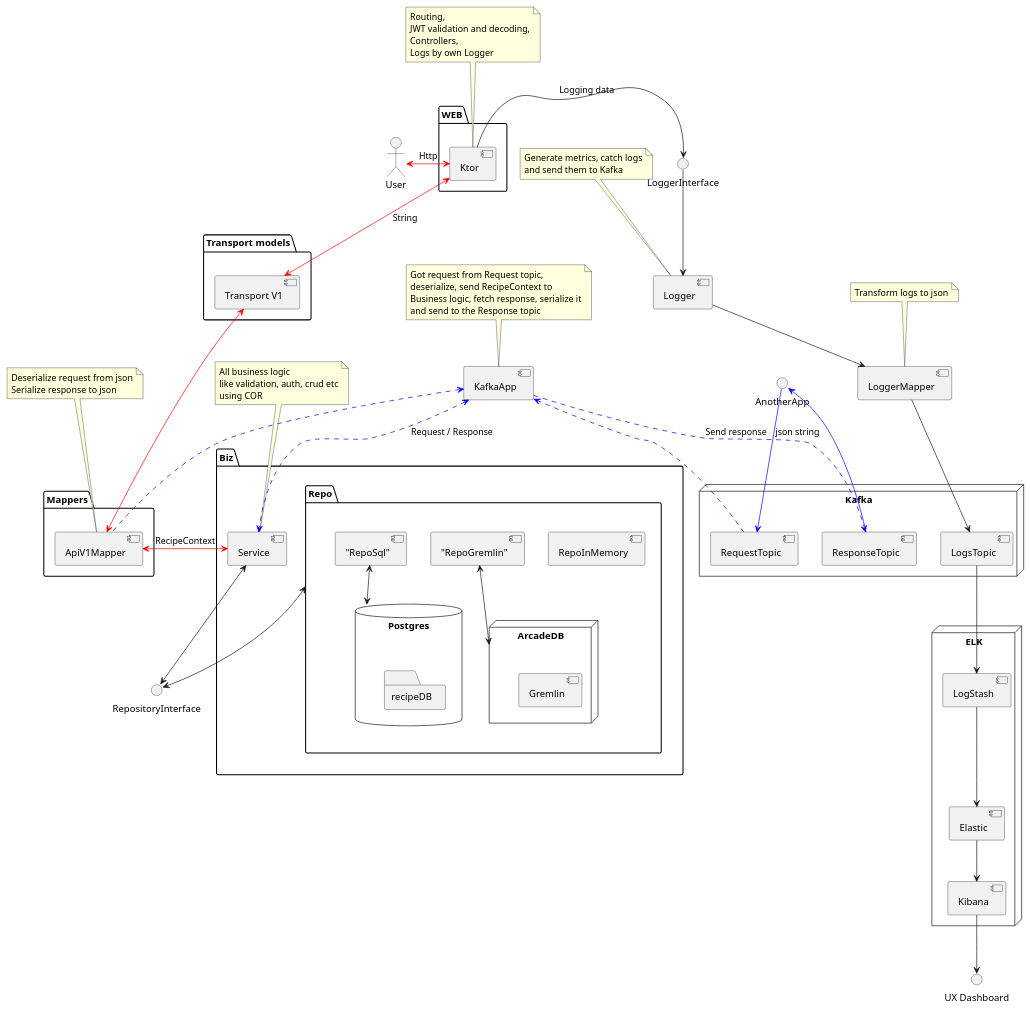
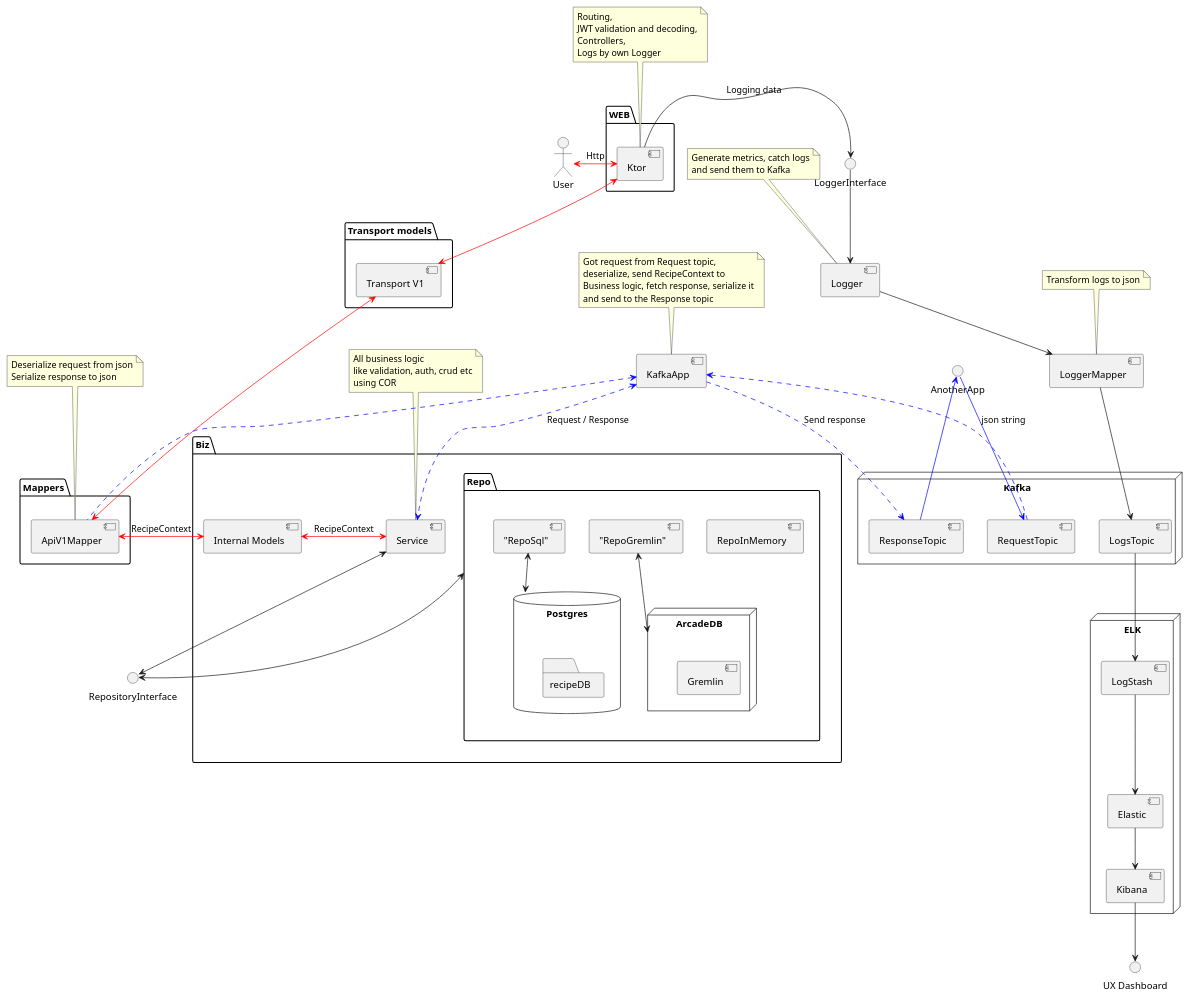
Before and after one commit to evgenysalnikov/otus-homework-recipe: the diagram in docs/Recipe.puml, drawn with PlantUML. The commit also changed 3 other files, not shown here.

```diff
--- a/docs/Recipe.puml
+++ b/docs/Recipe.puml
@@ -1,100 +1,102 @@
 @startuml
 'https://plantuml.com/component-diagram
 "User"
 package "WEB" {
   User <-> [Ktor]#Red : Http
 }
 note top of Ktor
     Routing,
     JWT validation and decoding,
     Controllers,
     Logs by own Logger
 endnote
 
 node "Kafka" {
 [RequestTopic]
 [ResponseTopic]
 [LogsTopic]
 }
 
 package "Transport models" {
     [Transport V1]
 }
 
 package "Mappers" {
 [Transport V1] <--> [ApiV1Mapper]#Red
-[Ktor] <--> [Transport V1]#Red: String
+[Ktor] <--> [Transport V1]#Red
 }
 
 interface "RepositoryInterface"
 package "Biz" {
-[ApiV1Mapper] <-> [Service]#Red : RecipeContext
+[Internal Models] <-> [Service]#Red : RecipeContext
+[ApiV1Mapper] <-> [Internal Models]#Red : RecipeContext
+[Internal Models]
 Service <--> RepositoryInterface
 [RepositoryInterface] <--> Repo
 }
 note top of Service
     All business logic
     like validation, auth, crud etc
     using COR
 endnote
 
 ()"AnotherApp" --> RequestTopic#Blue : json string
 RequestTopic ..> [KafkaApp]#Blue
 [KafkaApp] <.. [ApiV1Mapper]#Blue
 KafkaApp <..> [Service]#Blue: "Request / Response"
 KafkaApp ..> [ResponseTopic]#Blue: Send response
 ResponseTopic --> ()"AnotherApp"#Blue
 note top of ApiV1Mapper
     Deserialize request from json
     Serialize response to json
 endnote
 
 note top of KafkaApp
     Got request from Request topic,
     deserialize, send RecipeContext to
     Business logic, fetch response, serialize it
     and send to the Response topic
 endnote
 
 node "ELK" {
 [Elastic]
 [LogStash]
 [Kibana]
 }
 
 ()"LoggerInterface"
 
 [Ktor] -> LoggerInterface: Logging data
 LoggerInterface --> [Logger]
 [Logger] --> [LoggerMapper]
 [LoggerMapper] --> LogsTopic
 LogsTopic --> LogStash
 LogStash --> [Elastic]
 Elastic --> Kibana
 Kibana --> ()"UX Dashboard"
 
 note top of LoggerMapper
     Transform logs to json
 endnote
 
 note top of Logger
     Generate metrics, catch logs
     and send them to Kafka
 endnote
 
 package "Repo" {
 ["RepoInMemory"]
 ["RepoGremlin"] <--> ArcadeDB
 ["RepoSql"] <--> [Postgres]
 }
 
 database "Postgres" {
   folder "recipeDB" {
   }
 }
 
 node "ArcadeDB" {
 ["Gremlin"]
 }
 
 @enduml
```
